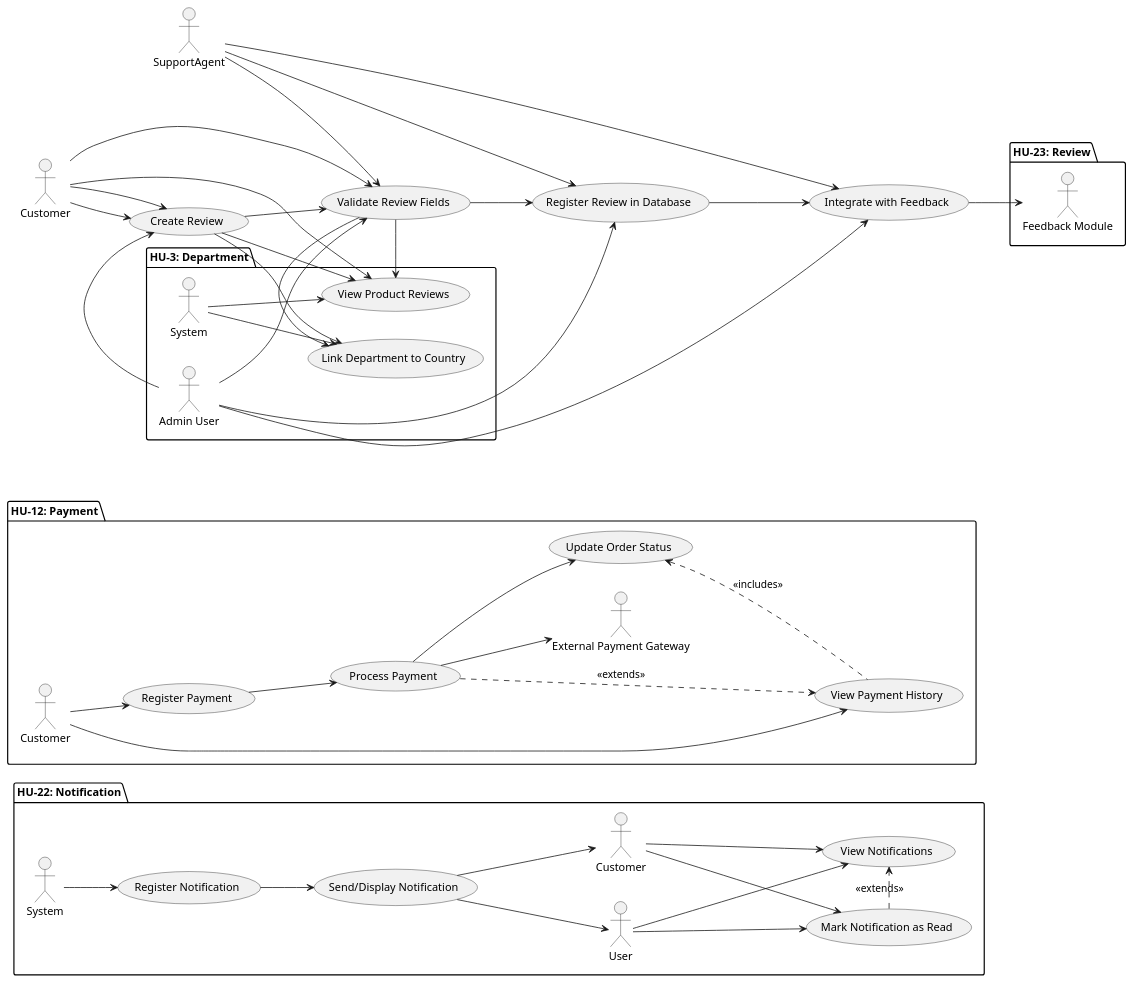
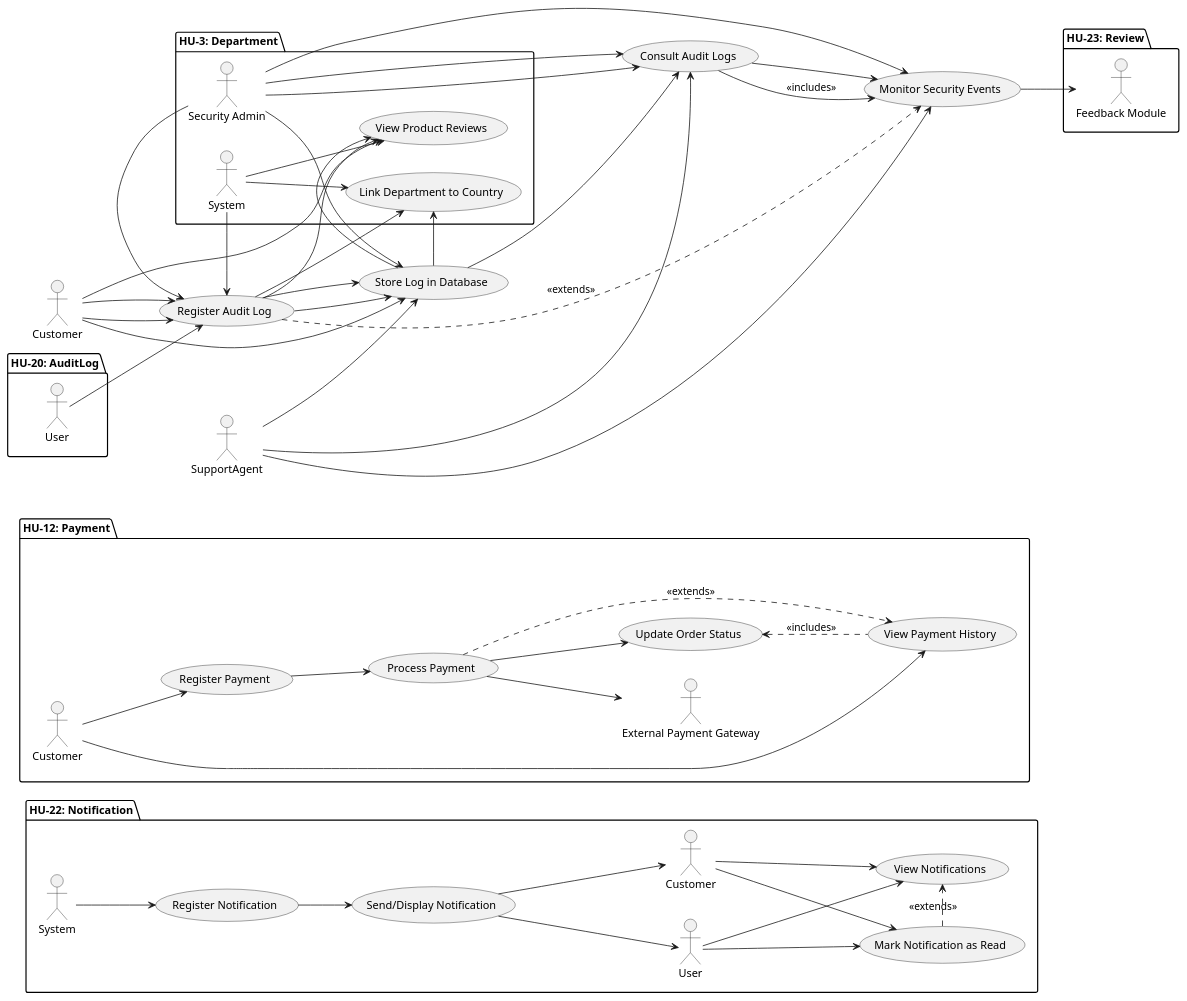
Before and after one commit to code-sena/laboratory-2899747: the diagram in document/architecture/usecase.wsd, drawn with PlantUML.

Commit message:
feat:Add a use case diagram of the HU-20

```diff
--- a/document/architecture/usecase.wsd
+++ b/document/architecture/usecase.wsd
@@ -1,120 +1,145 @@
 @startuml
 actor Customer
 actor SupportAgent
 
 usecase "Register Support Ticket" as UC1
 usecase "View Support Ticket" as UC2
 usecase "Update Support Ticket" as UC3
 usecase "Close Support Ticket" as UC4
 
 Customer --> UC1
 Customer --> UC2
 SupportAgent --> UC2
 SupportAgent --> UC3
 SupportAgent --> UC4
   left to right direction
 
   package "HU-3: Department" {
 
     'Actors
     actor "Admin User" as Admin
     actor "System" as System
 
     'Use Cases
     usecase "Register Department" as UC1
     usecase "Update Department" as UC2
     usecase "Deactivate Department" as UC3
     usecase "View Departments" as UC4
     usecase "Validate Uniqueness & Format" as UC5
     usecase "Link Department to Country" as UC6
 
     'Relationships
     Admin --> UC1
     Admin --> UC2
     Admin --> UC3
     Admin --> UC4
 
     UC1 --> UC5
     UC1 --> UC6
 
     UC2 --> UC5
     UC2 --> UC6
 
     System --> UC5
     System --> UC6
   }
   
   package "HU-22: Notification" {
 
     'Actors'
     actor "System" as SystemN
     actor "User" as UserN
     actor "Customer" as CustomerN
 
     'Use Cases'
     usecase "Register Notification" as UCN1
     usecase "Send/Display Notification" as UCN2
     usecase "Mark Notification as Read" as UCN3
     usecase "View Notifications" as UCN4
 
     'Relationships'
     SystemN --> UCN1
     UCN1 --> UCN2
     UCN2 --> UserN
     UCN2 --> CustomerN
 
     UserN --> UCN3
     CustomerN --> UCN3
 
     UserN --> UCN4
     CustomerN --> UCN4
 
     UCN3 .> UCN4 : <<extends>>
   }
 
   package "HU-12: Payment" {
 
     'Actors'
     actor "Customer" as CustomerP
     actor "External Payment Gateway" as PaymentGatewayP
 
     'Use Cases'
     usecase "Register Payment" as UCP1
     usecase "Process Payment" as UCP2
     usecase "Update Order Status" as UCP3
     usecase "View Payment History" as UCP4
 
     'Relationships'
     CustomerP --> UCP1
     CustomerP --> UCP4
 
     UCP1 --> UCP2
     UCP2 --> PaymentGatewayP
     UCP2 .> UCP4 : <<extends>>
     UCP3 <.. UCP4 : <<includes>>
 
     UCP2 --> UCP3
   }
 
     package "HU-23: Review" {
 
     'Actors'
     actor "Customer" as Customer
     actor "Feedback Module" as FeedbackModule
 
     'Use Cases'
     usecase "Create Review" as UC1
     usecase "Validate Review Fields" as UC2
     usecase "Register Review in Database" as UC3
     usecase "Integrate with Feedback" as UC4
     usecase "View Product Reviews" as UC5
 
     'Relationships'
     Customer --> UC1
     UC1 --> UC2
     UC2 --> UC3
     UC3 --> UC4
     UC4 --> FeedbackModule
     Customer --> UC5
   }
+
+
+
+  package "HU-20: AuditLog" {
+  'Actors'
+  actor "System" as System
+  actor "User" as User
+  actor "Security Admin" as Admin
+
+  'Use Cases'
+  usecase "Register Audit Log" as UC1
+  usecase "Store Log in Database" as UC2
+  usecase "Consult Audit Logs" as UC3
+  usecase "Monitor Security Events" as UC4
+
+  'Relationships'
+  User --> UC1
+  System --> UC1
+  UC1 --> UC2
+
+  Admin --> UC3
+  UC3 --> UC4 : <<includes>>
+  UC1 .> UC4 : <<extends>>
+}
+
 @enduml
```
